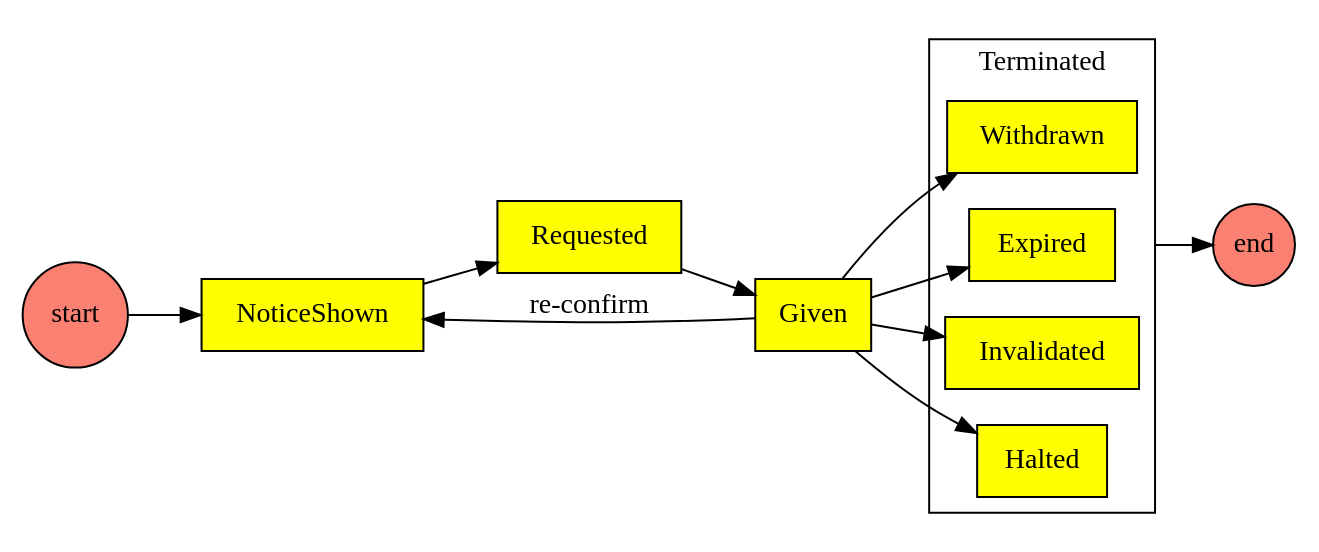
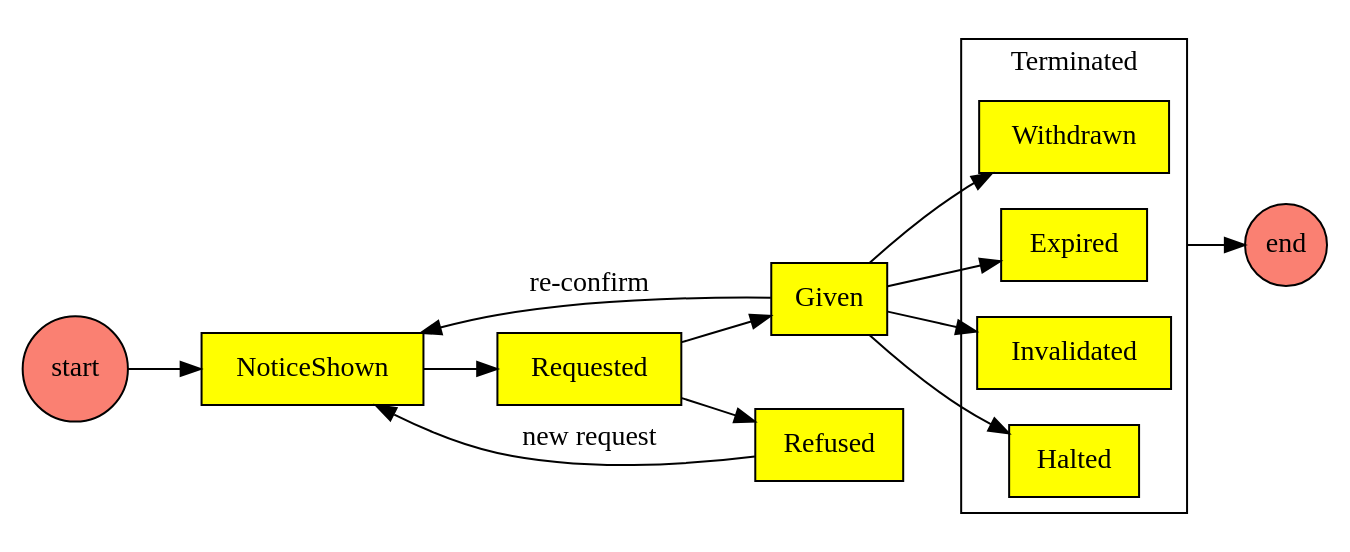
The diagram in lifecycle.dot (coolharsh55/dpv-consent-record), drawn with Graphviz before and after one commit. The commit also changed 1 other file, not shown here.

Commit message:
lifecycle diag: added state refused

```diff
--- a/lifecycle.dot
+++ b/lifecycle.dot
@@ -1,12 +1,14 @@
 digraph G {
     rankdir=LR ; compound=true ;
     node [shape=rect,style=filled,fillcolor=yellow] ;
     start,end [shape=circle,fillcolor=salmon,width=0.1,height=0.1,margin=0.01]
-    start -> NoticeShown -> Requested -> Given -> Withdrawn, Expired, Invalidated, Halted ;
+    start -> NoticeShown -> Requested -> Given, Refused ;
+    Given -> Withdrawn, Expired, Invalidated, Halted ;
+    Refused -> NoticeShown [label="new request"] ;
     subgraph cluster_T {
         label="Terminated"
         Withdrawn, Expired, Invalidated, Halted ;
     }
     Expired -> end [ltail=cluster_T] ;
     Given -> NoticeShown [label="re-confirm"] ;
 }
```
